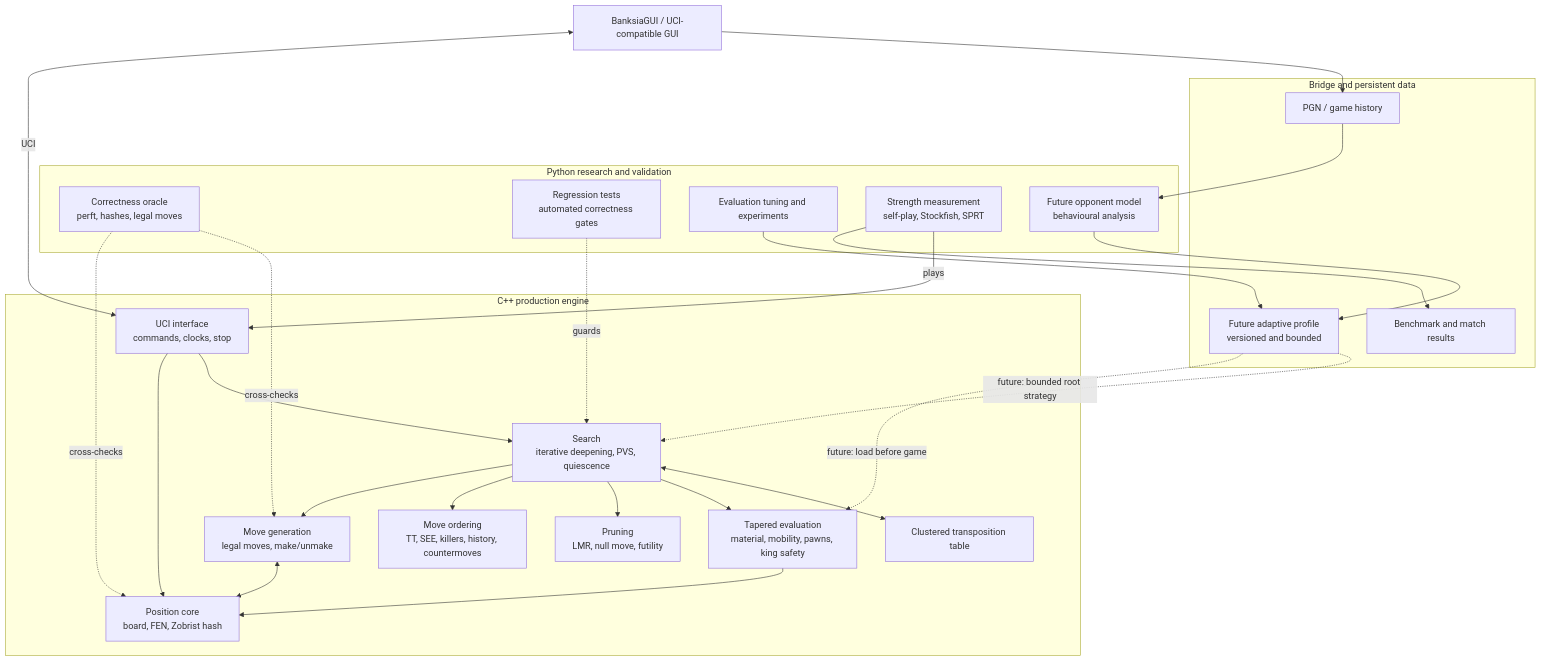
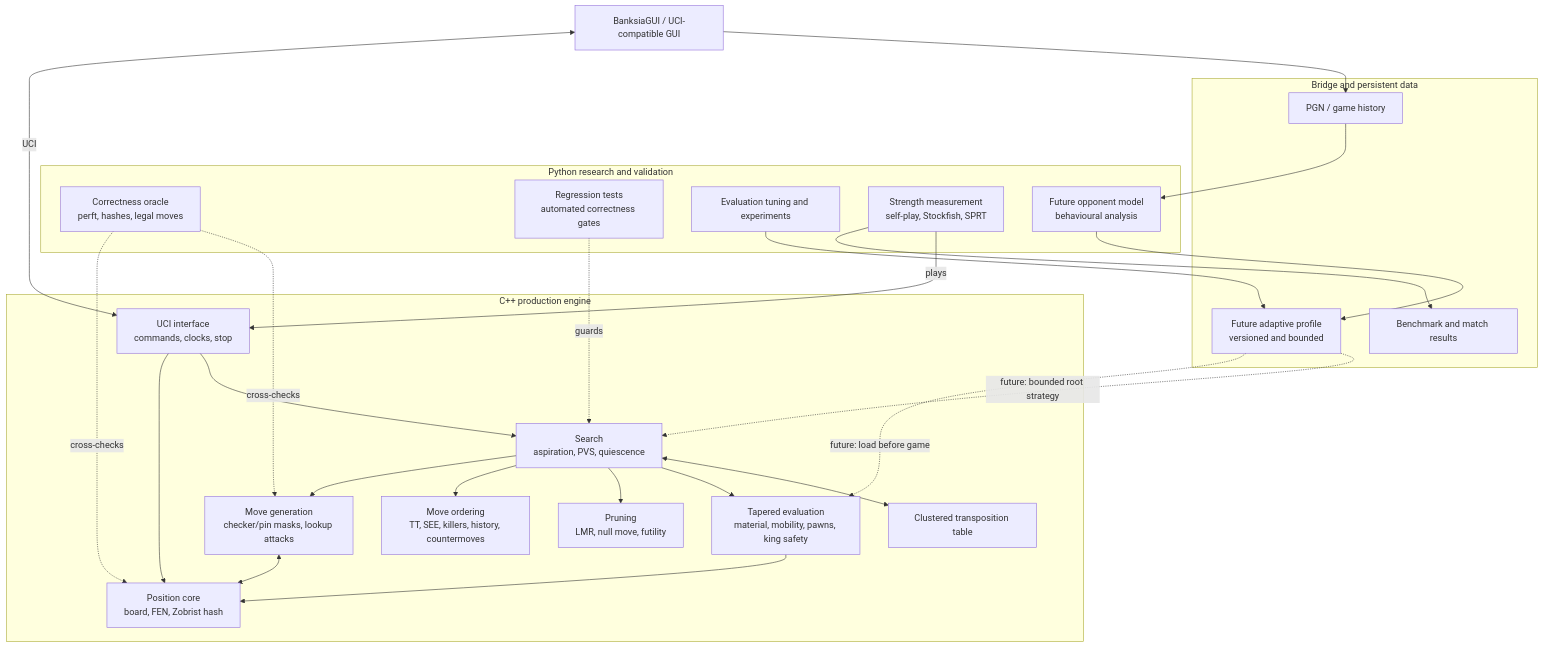
The first of 2 diagrams in docs/ARCHITECTURE.md (yashdutt505/AdaptiveChessEngine), drawn with Mermaid before and after one commit. The commit also changed other lines of this file and 3 other files, not shown here.

Commit message:
Synchronize architecture documentation with C++ core

````diff
--- a/docs/ARCHITECTURE.md
+++ b/docs/ARCHITECTURE.md
@@ -9,53 +9,53 @@
 ```mermaid
 flowchart TB
     GUI["BanksiaGUI / UCI-compatible GUI"]
 
     subgraph CPP["C++ production engine"]
         UCI["UCI interface<br/>commands, clocks, stop"]
         POS["Position core<br/>board, FEN, Zobrist hash"]
-        MOVE["Move generation<br/>legal moves, make/unmake"]
-        SEARCH["Search<br/>iterative deepening, PVS, quiescence"]
+        MOVE["Move generation<br/>checker/pin masks, lookup attacks"]
+        SEARCH["Search<br/>aspiration, PVS, quiescence"]
         ORDER["Move ordering<br/>TT, SEE, killers, history, countermoves"]
         PRUNE["Pruning<br/>LMR, null move, futility"]
         EVAL["Tapered evaluation<br/>material, mobility, pawns, king safety"]
         TT["Clustered transposition table"]
     end
 
     subgraph PY["Python research and validation"]
         ORACLE["Correctness oracle<br/>perft, hashes, legal moves"]
         TESTS["Regression tests<br/>automated correctness gates"]
         TUNING["Evaluation tuning and experiments"]
         MATCH["Strength measurement<br/>self-play, Stockfish, SPRT"]
         MODEL["Future opponent model<br/>behavioural analysis"]
     end
 
     subgraph DATA["Bridge and persistent data"]
         PROFILE["Future adaptive profile<br/>versioned and bounded"]
         GAMES["PGN / game history"]
         RESULTS["Benchmark and match results"]
     end
 
     GUI <-->|"UCI"| UCI
     UCI --> POS
     UCI --> SEARCH
     SEARCH --> MOVE
     SEARCH --> ORDER
     SEARCH --> PRUNE
     SEARCH --> EVAL
     SEARCH <--> TT
     MOVE <--> POS
     EVAL --> POS
 
     ORACLE -.->|"cross-checks"| POS
     ORACLE -.->|"cross-checks"| MOVE
     TESTS -.->|"guards"| SEARCH
     MATCH --> RESULTS
     MATCH -->|"plays"| UCI
 
     GUI --> GAMES
     GAMES --> MODEL
     MODEL --> PROFILE
     TUNING --> PROFILE
     PROFILE -.->|"future: load before game"| EVAL
     PROFILE -.->|"future: bounded root strategy"| SEARCH
 ```
````
